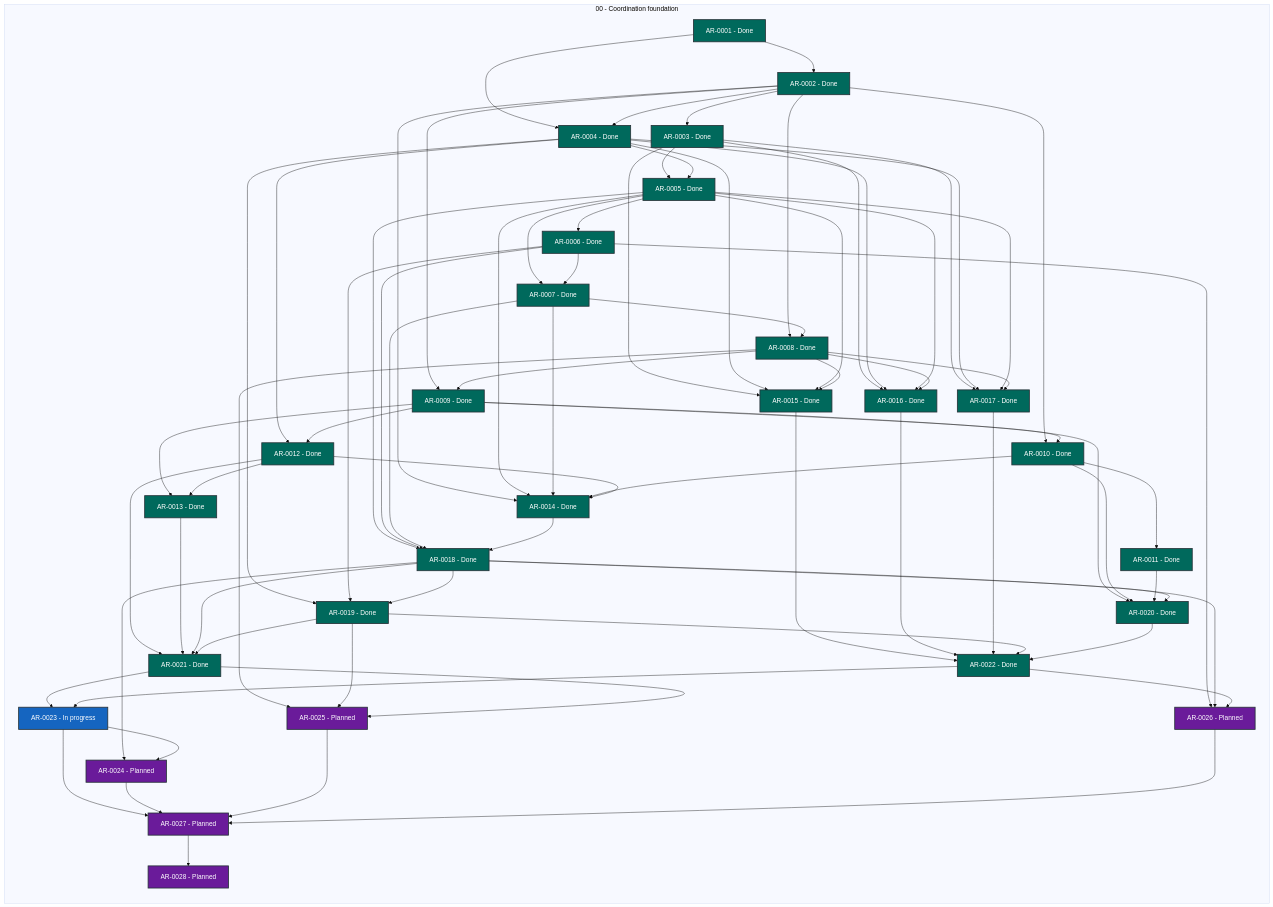
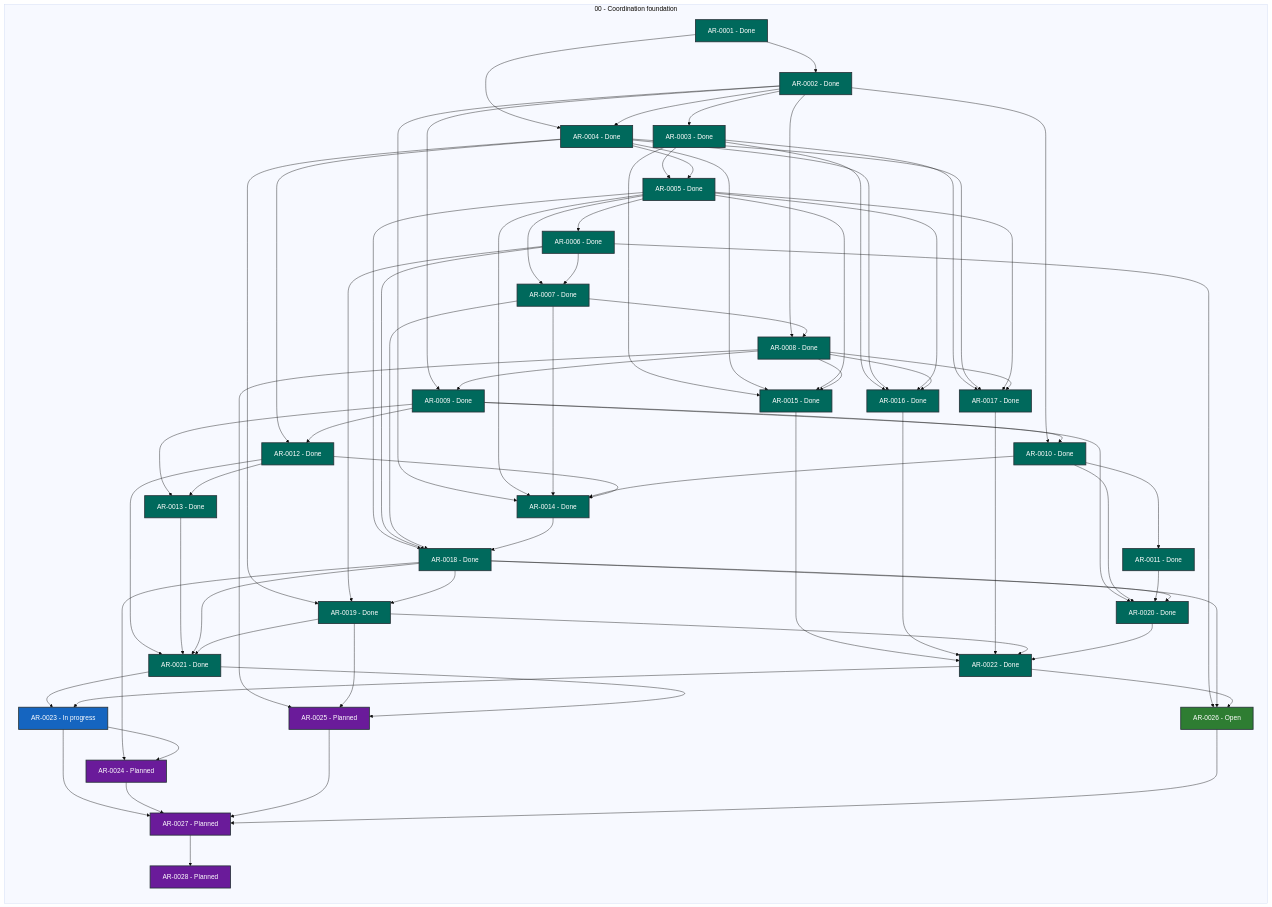
One commit to martin-beck/agent-workflow-runtime-state changed the diagram in STATUS.md. Above: the diagram before and after it, drawn with Mermaid (base theme). The commit also changed other lines of this file and 2 other files, not shown here.

```diff
--- a/STATUS.md
+++ b/STATUS.md
@@ -53,7 +53,7 @@
         AR_0023["AR-0023 - In progress"]:::status_in_progress
         AR_0024["AR-0024 - Planned"]:::status_planned
         AR_0025["AR-0025 - Planned"]:::status_planned
-        AR_0026["AR-0026 - Planned"]:::status_planned
+        AR_0026["AR-0026 - Open"]:::status_open
         AR_0027["AR-0027 - Planned"]:::status_planned
         AR_0028["AR-0028 - Planned"]:::status_planned
     end
```
